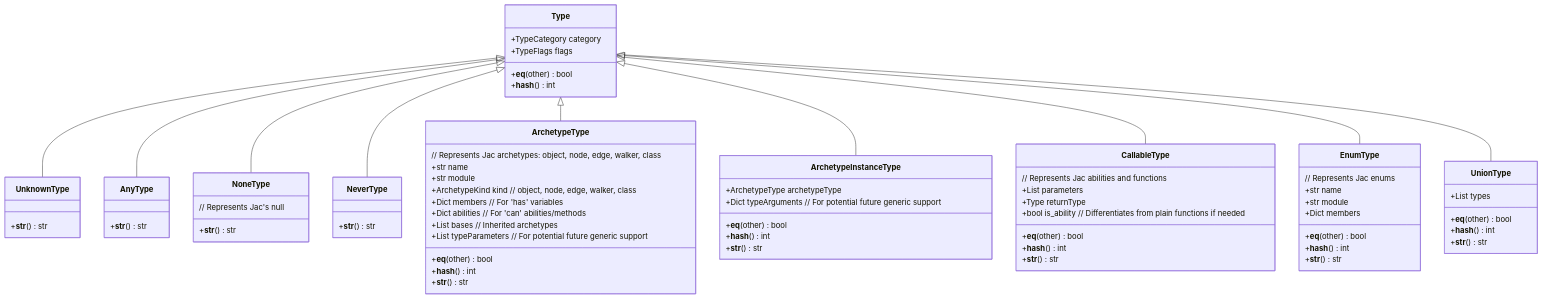
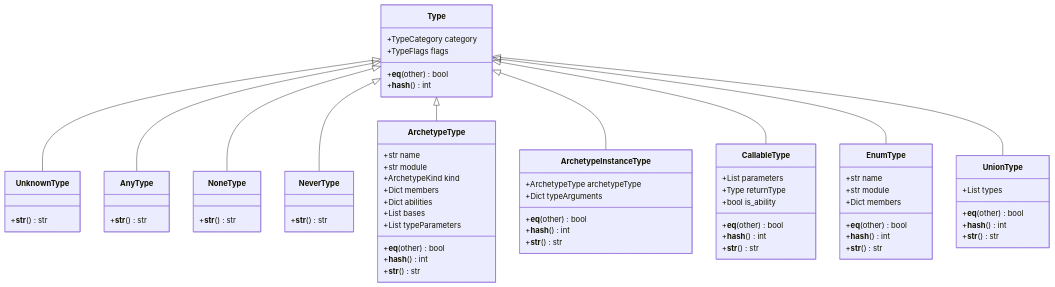
Before and after one commit to Jaseci-Labs/jaseci: the second of 6 diagrams in docs/docs/internals/planning_specs/native_type_system/lets_build.md, drawn with Mermaid. The commit also changed other lines of this file, not shown here.

Commit message:
fix mermaid diagrams in lets_build

```diff
--- a/docs/docs/internals/planning_specs/native_type_system/lets_build.md
+++ b/docs/docs/internals/planning_specs/native_type_system/lets_build.md
@@ -126,7 +126,8 @@
         +__str__() str
     }
 
-    class NoneType { // Represents Jac's null
+    class NoneType {
+        %% Represents Jac's null
         +__str__() str
     }
 
@@ -134,14 +135,20 @@
         +__str__() str
     }
 
-    class ArchetypeType { // Represents Jac archetypes: object, node, edge, walker, class
+    class ArchetypeType {
+        %% Represents Jac archetypes: object, node, edge, walker, class
         +str name
         +str module
-        +ArchetypeKind kind // object, node, edge, walker, class
-        +Dict members // For 'has' variables
-        +Dict abilities // For 'can' abilities/methods
-        +List bases // Inherited archetypes
-        +List typeParameters // For potential future generic support
+        +ArchetypeKind kind
+        %% object, node, edge, walker, class
+        +Dict members
+        %% For 'has' variables
+        +Dict abilities
+        %% For 'can' abilities/methods
+        +List bases
+        %% Inherited archetypes
+        +List typeParameters
+        %% For potential future generic support
         +__eq__(other) bool
         +__hash__() int
         +__str__() str
@@ -149,22 +156,26 @@
 
     class ArchetypeInstanceType {
         +ArchetypeType archetypeType
-        +Dict typeArguments // For potential future generic support
+        +Dict typeArguments
+        %% For potential future generic support
         +__eq__(other) bool
         +__hash__() int
         +__str__() str
     }
 
-    class CallableType { // Represents Jac abilities and functions
+    class CallableType {
+        %% Represents Jac abilities and functions
         +List parameters
         +Type returnType
-        +bool is_ability // Differentiates from plain functions if needed
+        +bool is_ability
+        %% Differentiates from plain functions if needed
         +__eq__(other) bool
         +__hash__() int
         +__str__() str
     }
 
-    class EnumType { // Represents Jac enums
+    class EnumType {
+        %% Represents Jac enums
         +str name
         +str module
         +Dict members
```
